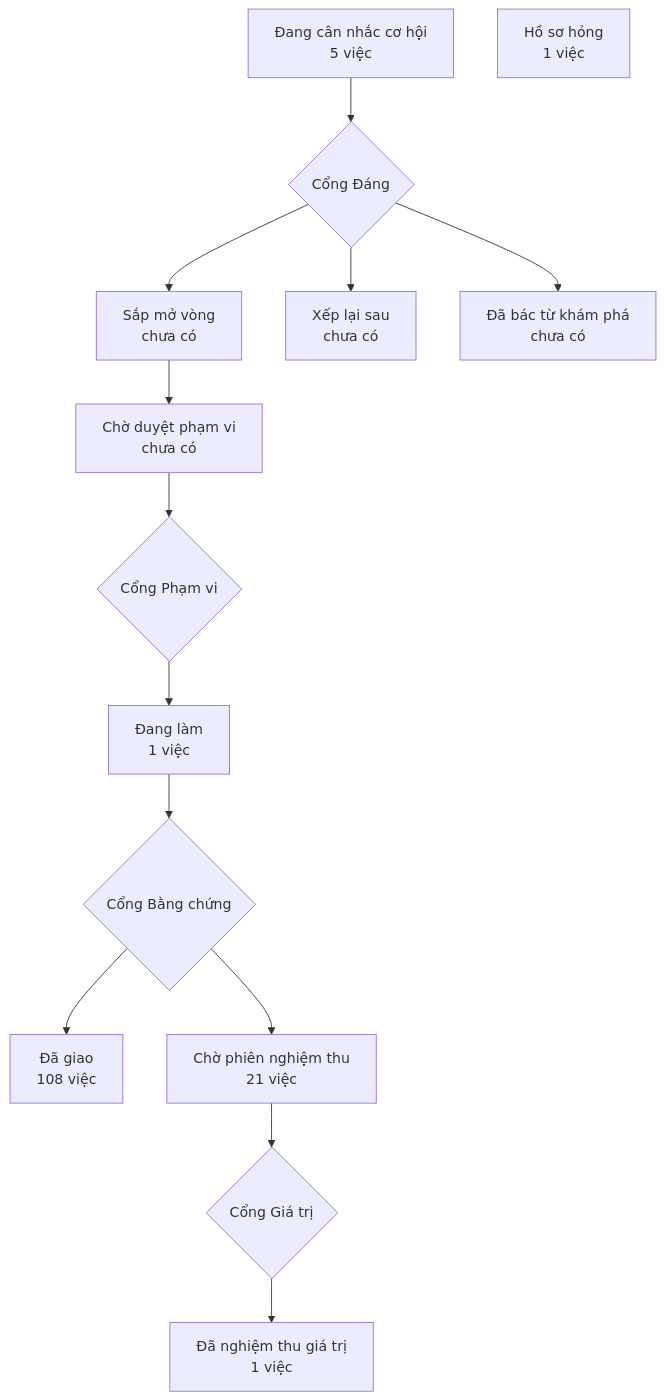
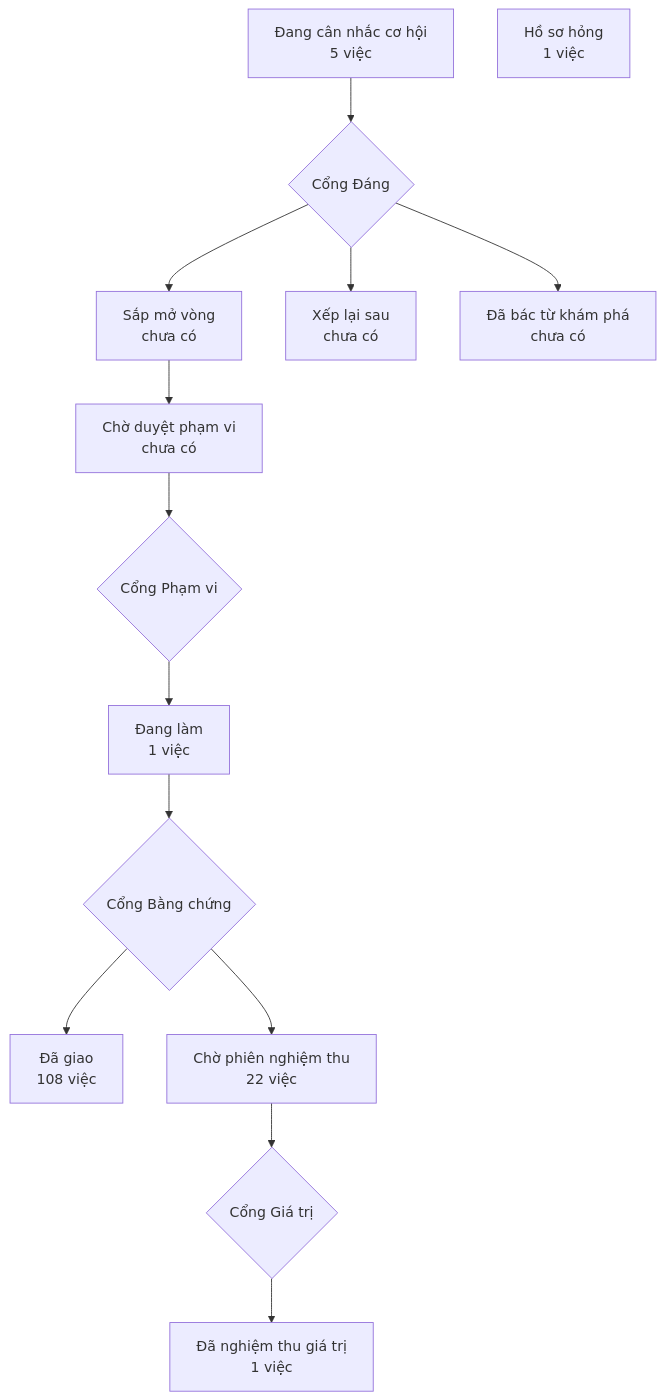
The diagram in PRODUCT-MAP.md (phanlemanh/crm-onehub), drawn with Mermaid before and after one commit. The commit also changed other lines of this file, not shown here.

Commit message:
chore(tro-ly-okr-de-xuat): vẽ lại PRODUCT-MAP.md sau chữ ký và gộp onehub
Lúc gộp lấy bản đồ của onehub mà chưa vẽ lại; CI acceptance gate báo lệch.
Chỉ đổi: hồ sơ này vào «Chờ phiên nghiệm thu» (21 → 22 việc).

````diff
--- a/PRODUCT-MAP.md
+++ b/PRODUCT-MAP.md
@@ -6,13 +6,13 @@
 ```mermaid
 flowchart TD
   A["Đang cân nhắc cơ hội<br/>5 việc"] --> GD{"Cổng Đáng"}
   GD --> B["Sắp mở vòng<br/>chưa có"]
   GD --> XL["Xếp lại sau<br/>chưa có"]
   GD --> DB["Đã bác từ khám phá<br/>chưa có"]
   B --> CD["Chờ duyệt phạm vi<br/>chưa có"] --> GP{"Cổng Phạm vi"}
   GP --> DL["Đang làm<br/>1 việc"] --> GB{"Cổng Bằng chứng"}
   GB --> DG["Đã giao<br/>108 việc"]
-  GB --> CN["Chờ phiên nghiệm thu<br/>21 việc"] --> GG{"Cổng Giá trị"}
+  GB --> CN["Chờ phiên nghiệm thu<br/>22 việc"] --> GG{"Cổng Giá trị"}
   GG --> NT["Đã nghiệm thu giá trị<br/>1 việc"]
   HS["Hồ sơ hỏng<br/>1 việc"]
 ```
````
